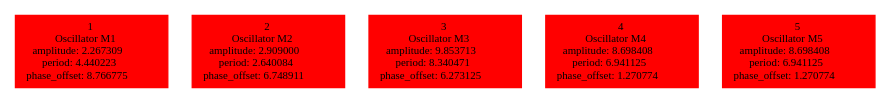
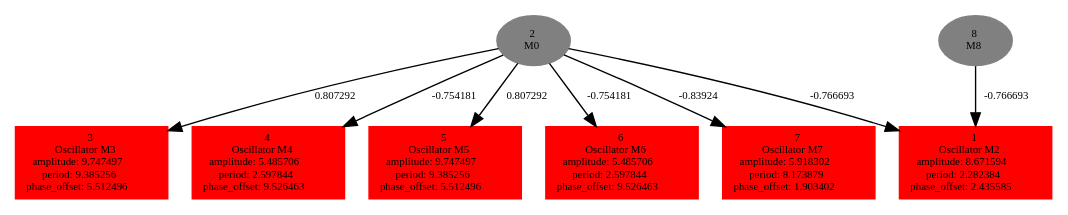
The diagram in experiments/locomotion1/offspringpop1/tempbrain.dot (karinemiras/l-system), drawn with Graphviz before and after one commit. The commit also changed 83 other files, not shown here.

```diff
--- a/experiments/locomotion1/offspringpop1/tempbrain.dot
+++ b/experiments/locomotion1/offspringpop1/tempbrain.dot
@@ -1,7 +1,17 @@
  digraph g{ forcelabels=true;
-1 [label=<1<BR />Oscillator M1<BR /> amplitude: 2.267309<BR /> period: 4.440223<BR /> phase_offset: 8.766775>, shape=box,color=red,style=filled,fontsize=8];
-2 [label=<2<BR />Oscillator M2<BR /> amplitude: 2.909000<BR /> period: 2.640084<BR /> phase_offset: 6.748911>, shape=box,color=red,style=filled,fontsize=8];
-3 [label=<3<BR />Oscillator M3<BR /> amplitude: 9.853713<BR /> period: 8.340471<BR /> phase_offset: 6.273125>, shape=box,color=red,style=filled,fontsize=8];
-4 [label=<4<BR />Oscillator M4<BR /> amplitude: 8.698408<BR /> period: 6.941125<BR /> phase_offset: 1.270774>, shape=box,color=red,style=filled,fontsize=8];
-5 [label=<5<BR />Oscillator M5<BR /> amplitude: 8.698408<BR /> period: 6.941125<BR /> phase_offset: 1.270774>, shape=box,color=red,style=filled,fontsize=8];
+1 [label=<1<BR />Oscillator M2<BR /> amplitude: 8.671594<BR /> period: 2.282384<BR /> phase_offset: 2.435585>, shape=box,color=red,style=filled,fontsize=8];
+2[label=<2<BR/>M0>,color="grey",style=filled,fontsize=8];
+3 [label=<3<BR />Oscillator M3<BR /> amplitude: 9.747497<BR /> period: 9.385256<BR /> phase_offset: 5.512496>, shape=box,color=red,style=filled,fontsize=8];
+4 [label=<4<BR />Oscillator M4<BR /> amplitude: 5.485706<BR /> period: 2.597844<BR /> phase_offset: 9.526463>, shape=box,color=red,style=filled,fontsize=8];
+5 [label=<5<BR />Oscillator M5<BR /> amplitude: 9.747497<BR /> period: 9.385256<BR /> phase_offset: 5.512496>, shape=box,color=red,style=filled,fontsize=8];
+6 [label=<6<BR />Oscillator M6<BR /> amplitude: 5.485706<BR /> period: 2.597844<BR /> phase_offset: 9.526463>, shape=box,color=red,style=filled,fontsize=8];
+7 [label=<7<BR />Oscillator M7<BR /> amplitude: 5.918302<BR /> period: 8.173879<BR /> phase_offset: 1.903402>, shape=box,color=red,style=filled,fontsize=8];
+8[label=<8<BR/>M8>,color="grey",style=filled,fontsize=8];
+2 -> 1[label="-0.766693 ",fontsize="8"];
+2 -> 3[label="0.807292 ",fontsize="8"];
+2 -> 4[label="-0.754181 ",fontsize="8"];
+2 -> 5[label="0.807292 ",fontsize="8"];
+2 -> 6[label="-0.754181 ",fontsize="8"];
+2 -> 7[label="-0.83924 ",fontsize="8"];
+8 -> 1[label="-0.766693 ",fontsize="8"];
  }
```
